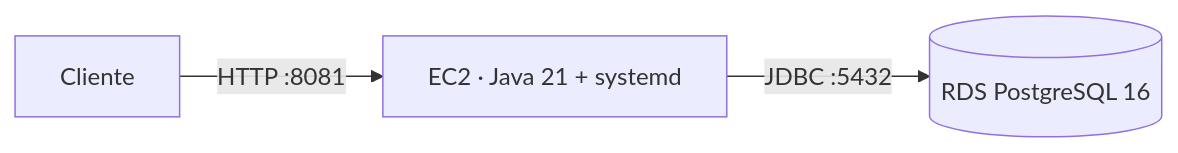
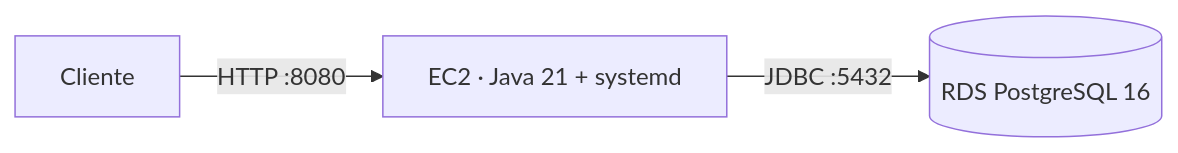
One commit to Eduardo-Vila-coder/MuvU changed the third of 3 diagrams in README.md. Above: the diagram before and after it, drawn with Mermaid. The commit also changed other lines of this file and 3 other files, not shown here.

````diff
--- a/README.md
+++ b/README.md
@@ -276,5 +276,5 @@
 ```mermaid
 flowchart LR
-    U[Cliente] -->|HTTP :8081| EC2[EC2 · Java 21 + systemd]
+    U[Cliente] -->|HTTP :8080| EC2[EC2 · Java 21 + systemd]
     EC2 -->|JDBC :5432| RDS[(RDS PostgreSQL 16)]
 ```
````
